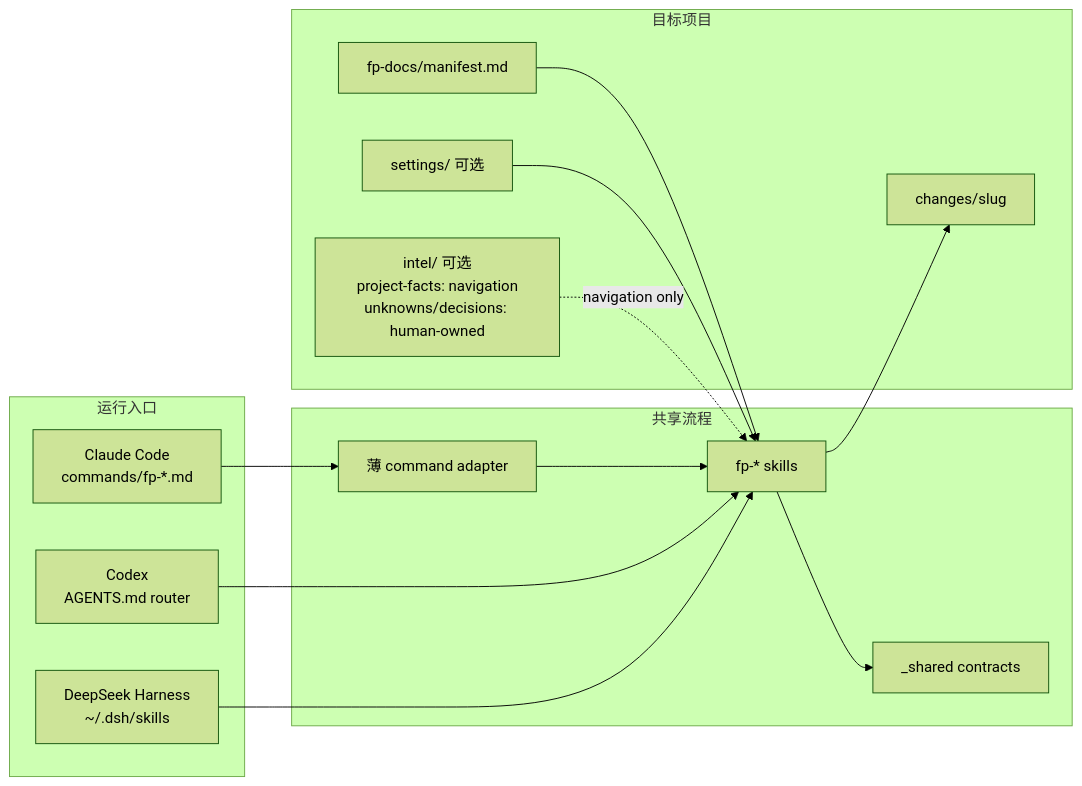
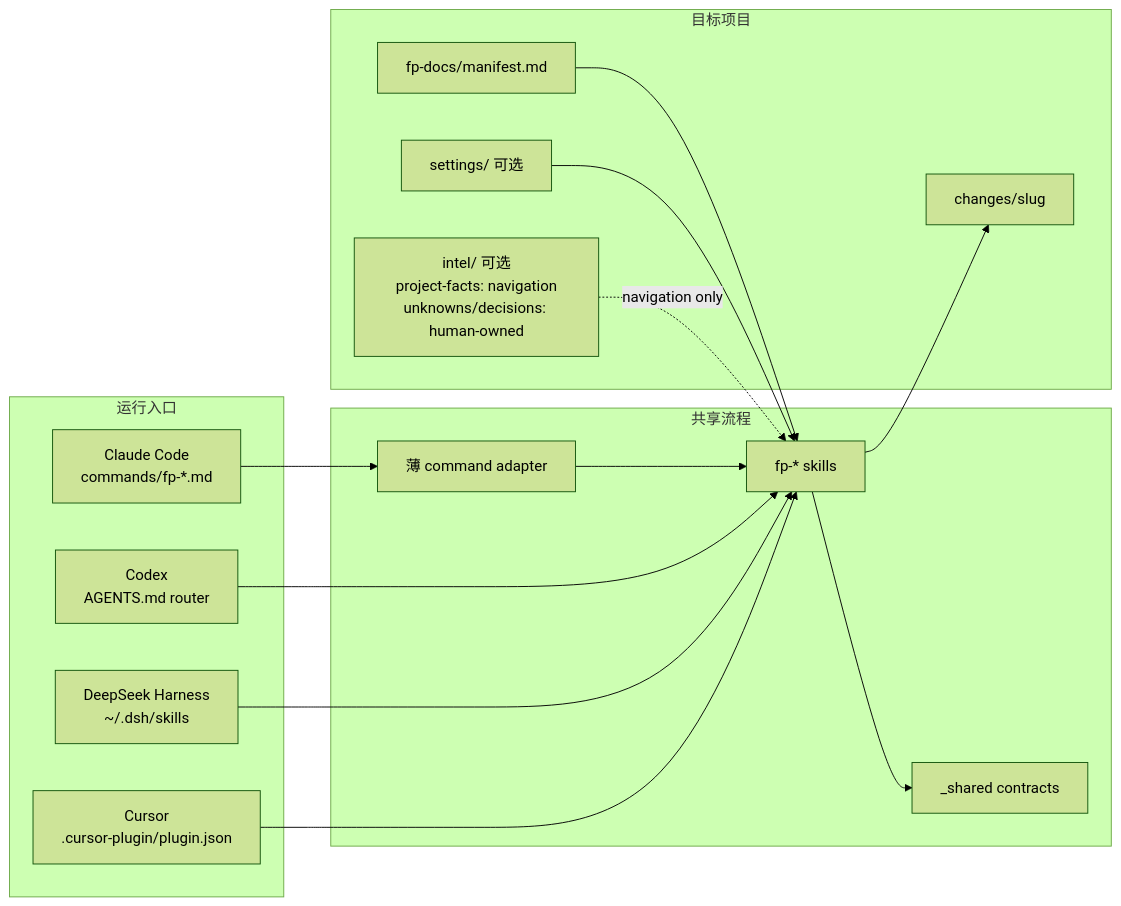
Before and after one commit to yaowuya/feature-pilot: the diagram in docs/reference/architecture-and-artifacts.md, drawn with Mermaid (forest theme). The commit also changed other lines of this file and 20 other files, not shown here.

````diff
--- a/docs/reference/architecture-and-artifacts.md
+++ b/docs/reference/architecture-and-artifacts.md
@@ -7,31 +7,33 @@
 ```mermaid
 flowchart LR
     subgraph Runtime[运行入口]
         CC[Claude Code\ncommands/fp-*.md]
         CX[Codex\nAGENTS.md router]
         DSH[DeepSeek Harness\n~/.dsh/skills]
+        CURSOR[Cursor\n.cursor-plugin/plugin.json]
     end
 
     subgraph Contract[共享流程]
         CMD[薄 command adapter]
         SKILL[fp-* skills]
         SHARED[_shared contracts]
     end
 
     subgraph Context[目标项目]
         MANIFEST[fp-docs/manifest.md]
         SETTINGS[settings/ 可选]
         INTEL[intel/ 可选\nproject-facts: navigation\nunknowns/decisions: human-owned]
         CHANGE[changes/slug]
     end
 
     CC --> CMD
     CMD --> SKILL
     CX --> SKILL
     DSH --> SKILL
+    CURSOR --> SKILL
     SKILL --> SHARED
     MANIFEST --> SKILL
     SETTINGS --> SKILL
     INTEL -. navigation only .-> SKILL
     SKILL --> CHANGE
 ```
````
